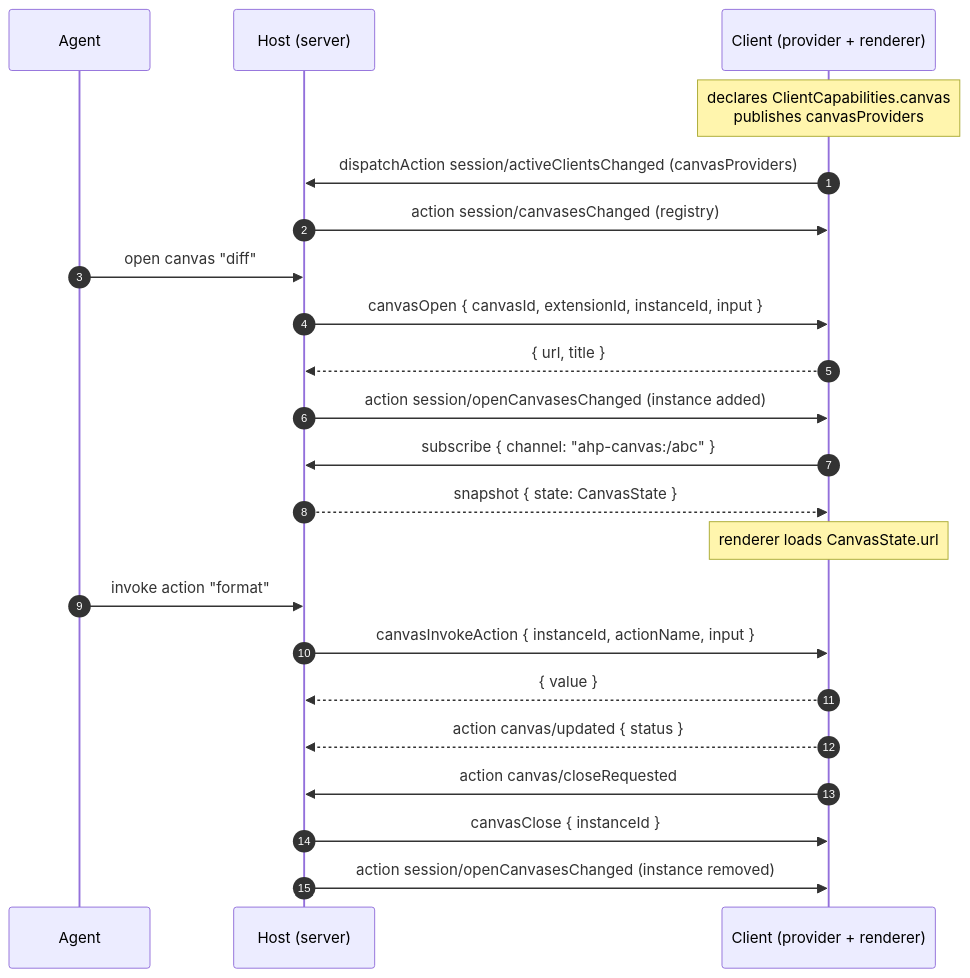
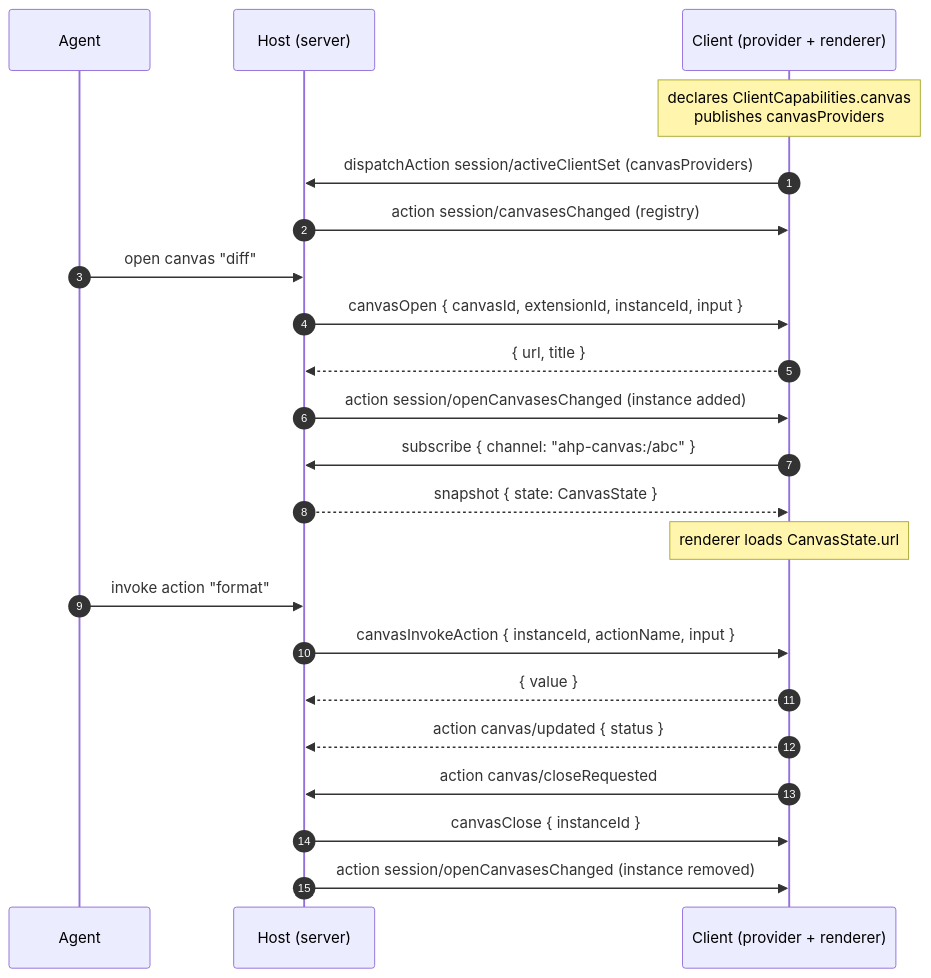
The diagram in docs/specification/canvas-channel.md (microsoft/agent-host-protocol), drawn with Mermaid before and after one commit. The commit also changed other lines of this file and 6 other files, not shown here.

First line of the commit message:
Address canvas PR review: client-dispatchable canvas/updated + doc fixes

````diff
--- a/docs/specification/canvas-channel.md
+++ b/docs/specification/canvas-channel.md
@@ -155,28 +157,28 @@
 ```mermaid
 sequenceDiagram
     autonumber
     participant A as Agent
     participant H as Host (server)
     participant C as Client (provider + renderer)
 
     Note over C: declares ClientCapabilities.canvas<br/>publishes canvasProviders
-    C->>H: dispatchAction session/activeClientsChanged (canvasProviders)
+    C->>H: dispatchAction session/activeClientSet (canvasProviders)
     H->>C: action session/canvasesChanged (registry)
 
     A->>H: open canvas "diff"
     H->>C: canvasOpen { canvasId, extensionId, instanceId, input }
     C-->>H: { url, title }
     H->>C: action session/openCanvasesChanged (instance added)
     C->>H: subscribe { channel: "ahp-canvas:/abc" }
     H-->>C: snapshot { state: CanvasState }
 
     Note over C: renderer loads CanvasState.url
     A->>H: invoke action "format"
     H->>C: canvasInvokeAction { instanceId, actionName, input }
     C-->>H: { value }
     C-->>H: action canvas/updated { status }
 
     C->>H: action canvas/closeRequested
     H->>C: canvasClose { instanceId }
     H->>C: action session/openCanvasesChanged (instance removed)
 ```
````
